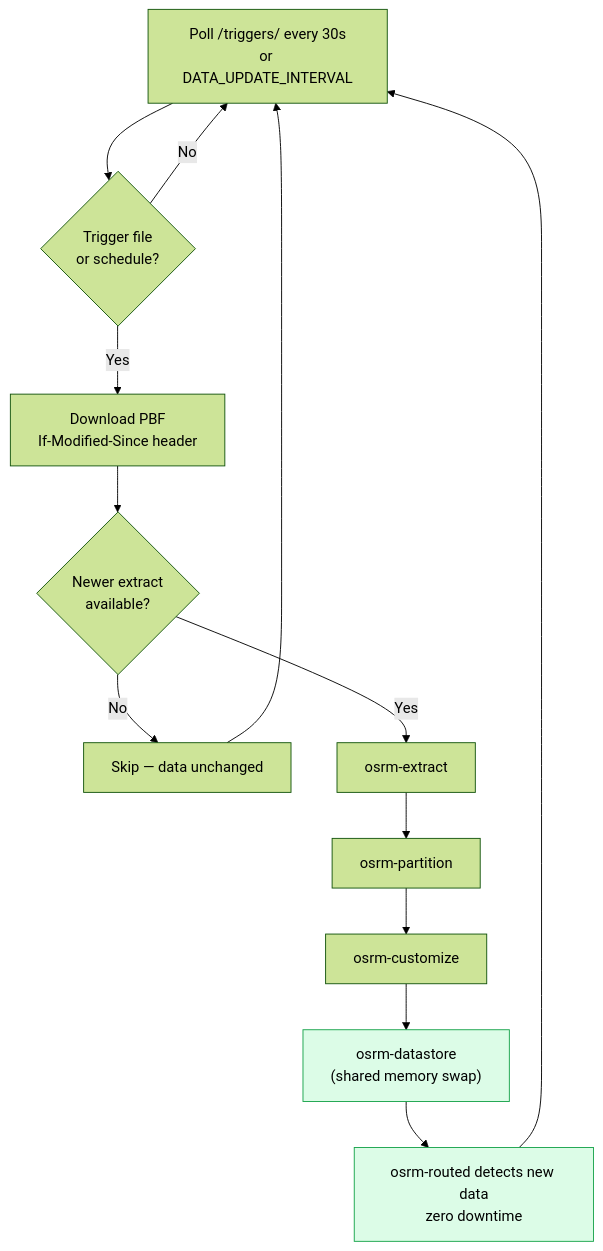
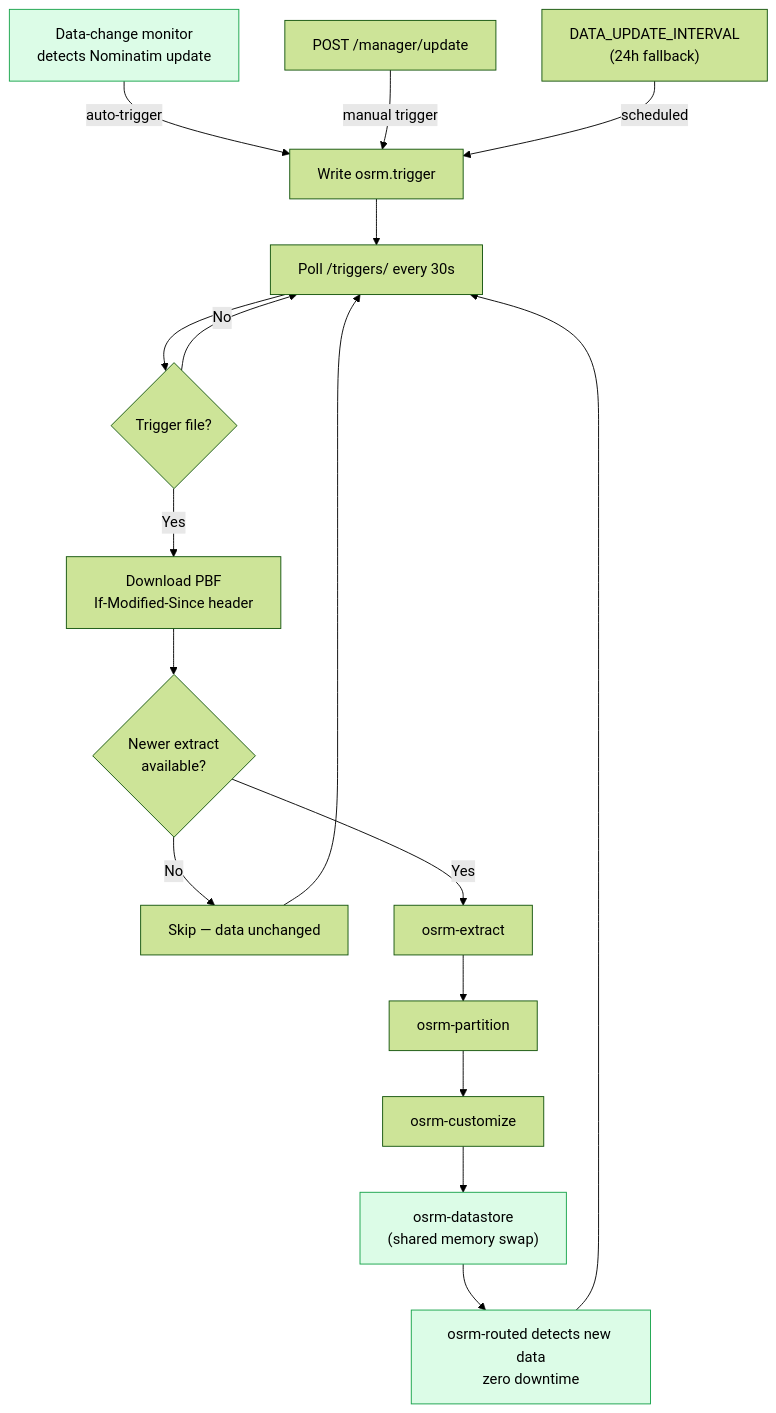
Before and after one commit to lorsabyan/Offline-Armenia-Map-Stack: the ninth of 14 diagrams in README.md, drawn with Mermaid (forest theme). The commit also changed other lines of this file and 3 other files, not shown here.

First line of the commit message:
Add autonomous data-change monitor for fully hands-free updates

````diff
--- a/README.md
+++ b/README.md
@@ -540,18 +623,24 @@
 ```mermaid
 graph TD
-    Poll["Poll /triggers/ every 30s<br/>or DATA_UPDATE_INTERVAL"] --> Check{"Trigger file<br/>or schedule?"}
+    Auto["Data-change monitor<br/>detects Nominatim update"] -->|auto-trigger| Trigger["Write osrm.trigger"]
+    Manual["POST /manager/update"] -->|manual trigger| Trigger
+    Schedule["DATA_UPDATE_INTERVAL<br/>(24h fallback)"] -->|scheduled| Trigger
+
+    Poll["Poll /triggers/ every 30s"] --> Check{"Trigger file?"}
     Check -->|No| Poll
     Check -->|Yes| Download["Download PBF<br/>If-Modified-Since header"]
     Download --> Changed{"Newer extract<br/>available?"}
     Changed -->|No| Skip["Skip — data unchanged"]
     Changed -->|Yes| Extract["osrm-extract"]
     Extract --> Partition["osrm-partition"]
     Partition --> Customize["osrm-customize"]
     Customize --> Datastore["osrm-datastore<br/>(shared memory swap)"]
     Datastore --> Serve["osrm-routed detects new data<br/>zero downtime"]
     Skip --> Poll
     Serve --> Poll
+    Trigger --> Poll
 
+    style Auto fill:#dcfce7,stroke:#16a34a
     style Datastore fill:#dcfce7,stroke:#16a34a
     style Serve fill:#dcfce7,stroke:#16a34a
 ```
````
